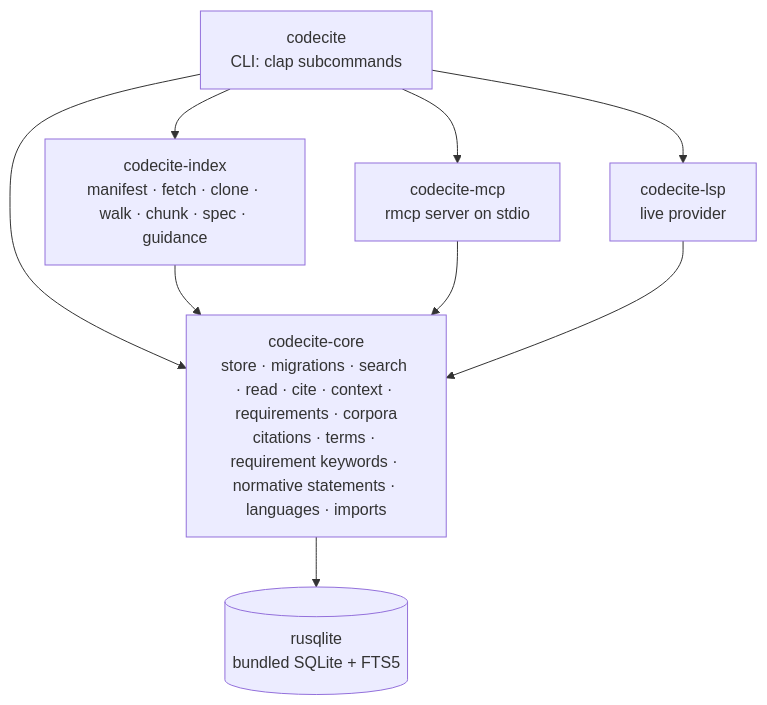
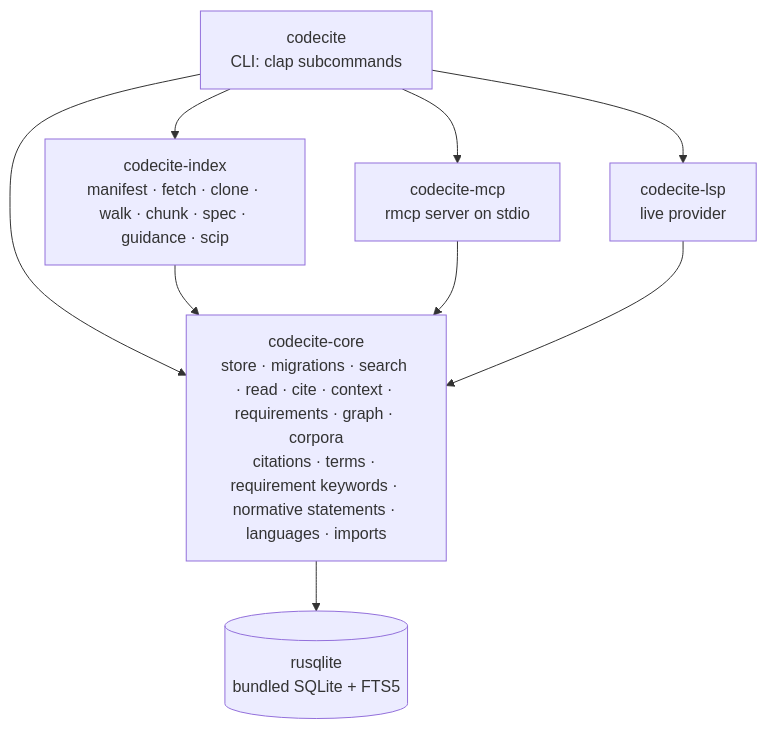
The second of 5 diagrams in docs/design.md (jamescrowley321/codecite), drawn with Mermaid before and after one commit. The commit also changed other lines of this file and 33 other files, not shown here.

First line of the commit message:
feat: read SCIP indexes and answer references, callers and callees (#242)

````diff
--- a/docs/design.md
+++ b/docs/design.md
@@ -82,11 +82,11 @@
 ```mermaid
 flowchart TD
-  bin["codecite<br/>CLI: clap subcommands"] --> index["codecite-index<br/>manifest · fetch · clone · walk · chunk · spec · guidance"]
+  bin["codecite<br/>CLI: clap subcommands"] --> index["codecite-index<br/>manifest · fetch · clone · walk · chunk · spec · guidance · scip"]
   bin --> mcp["codecite-mcp<br/>rmcp server on stdio"]
   bin --> lsp["codecite-lsp<br/>live provider"]
   bin --> core
-  index --> core["codecite-core<br/>store · migrations · search · read · cite · context · requirements · corpora<br/>citations · terms · requirement keywords · normative statements · languages · imports"]
+  index --> core["codecite-core<br/>store · migrations · search · read · cite · context · requirements · graph · corpora<br/>citations · terms · requirement keywords · normative statements · languages · imports"]
   mcp --> core
   lsp --> core
   core --> sqlite[("rusqlite<br/>bundled SQLite + FTS5")]
 ```
````
